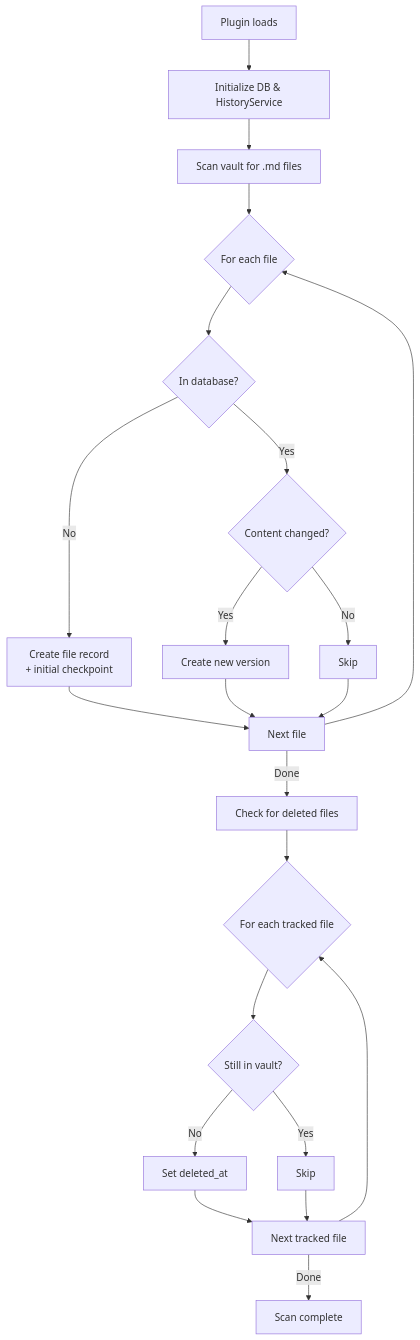
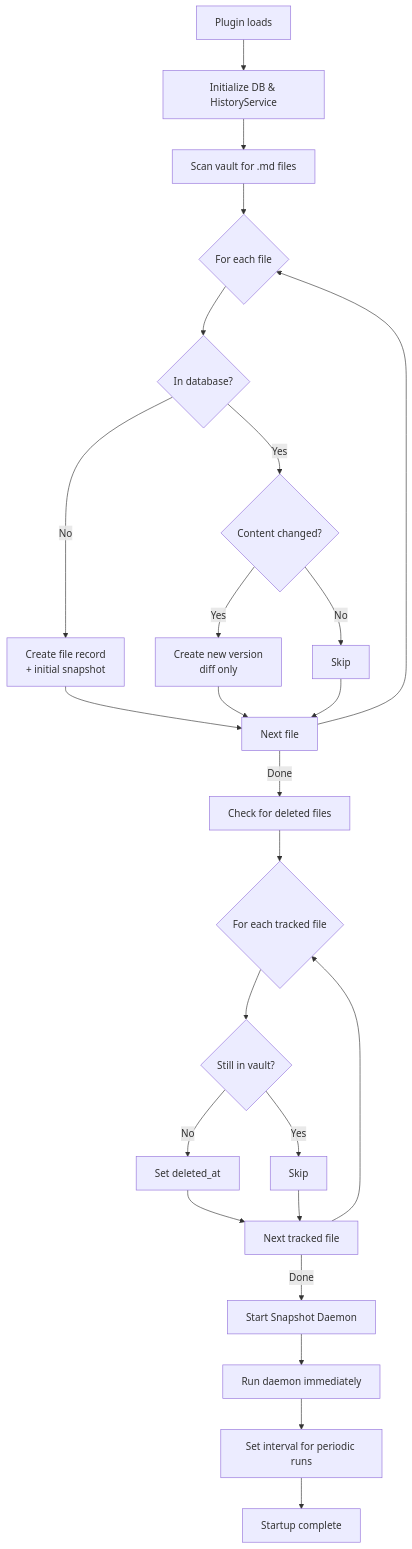
One commit to thspinto/obsync changed the ninth of 9 diagrams in docs/architecture.md. Above: the diagram before and after it, drawn with Mermaid. The commit also changed other lines of this file and 5 other files, not shown here.

````diff
--- a/docs/architecture.md
+++ b/docs/architecture.md
@@ -243,33 +299,36 @@
 ```mermaid
 flowchart TD
     Start[Plugin loads] --> Init[Initialize DB & HistoryService]
     Init --> Scan[Scan vault for .md files]
 
     Scan --> ForEach{For each file}
 
     ForEach --> InDB{In database?}
 
-    InDB -->|No| NewFile[Create file record<br/>+ initial checkpoint]
+    InDB -->|No| NewFile[Create file record<br/>+ initial snapshot]
     InDB -->|Yes| Changed{Content changed?}
 
-    Changed -->|Yes| SaveVersion[Create new version]
+    Changed -->|Yes| SaveVersion[Create new version<br/>diff only]
     Changed -->|No| Skip[Skip]
 
     NewFile --> Next[Next file]
     SaveVersion --> Next
     Skip --> Next
 
     Next --> ForEach
     Next -->|Done| CheckDeleted[Check for deleted files]
 
     CheckDeleted --> ForDeleted{For each tracked file}
     ForDeleted --> InVault{Still in vault?}
 
     InVault -->|No| MarkDeleted[Set deleted_at]
     InVault -->|Yes| SkipD[Skip]
 
     MarkDeleted --> NextD[Next tracked file]
     SkipD --> NextD
     NextD --> ForDeleted
-    NextD -->|Done| Done[Scan complete]
+    NextD -->|Done| StartDaemon[Start Snapshot Daemon]
+    StartDaemon --> RunImmediate[Run daemon immediately]
+    RunImmediate --> SetInterval[Set interval for periodic runs]
+    SetInterval --> Done[Startup complete]
 ```
````
